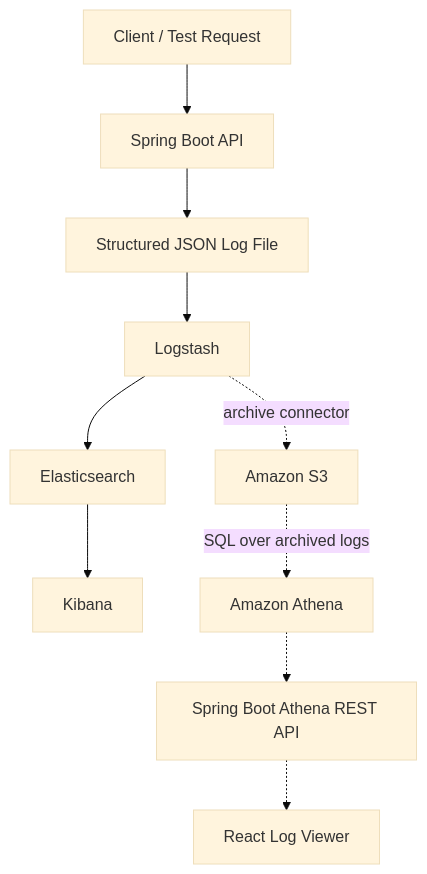
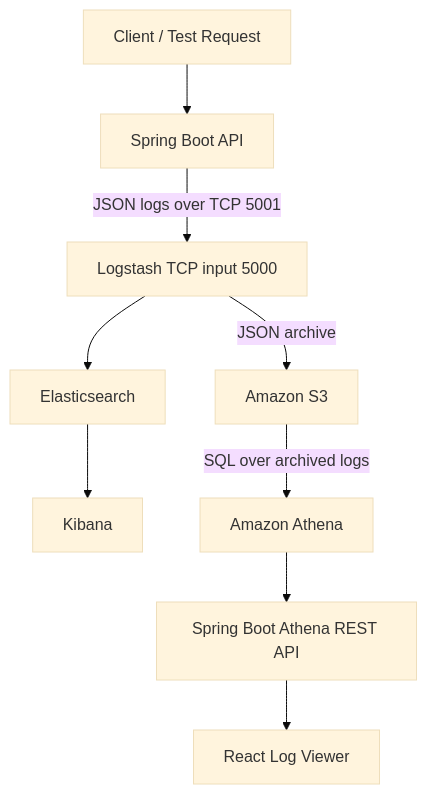
The diagram in README.md (Sravanthi96/logAnalyticsService), drawn with Mermaid (base theme) before and after one commit. The commit also changed other lines of this file, not shown here.

Commit message:
Update README with completed TCP architecture

````diff
--- a/README.md
+++ b/README.md
@@ -25,12 +27,11 @@
 ```mermaid
 flowchart TD
     Client["Client / Test Request"] --> API["Spring Boot API"]
-    API --> File["Structured JSON Log File"]
-    File --> LS["Logstash"]
+    API -->|"JSON logs over TCP 5001"| LS["Logstash TCP input 5000"]
     LS --> ES["Elasticsearch"]
     ES --> KB["Kibana"]
-    LS -. "archive connector" .-> S3["Amazon S3"]
-    S3 -. "SQL over archived logs" .-> ATH["Amazon Athena"]
-    ATH -.-> REST["Spring Boot Athena REST API"]
-    REST -.-> UI["React Log Viewer"]
+    LS -->|"JSON archive"| S3["Amazon S3"]
+    S3 -->|"SQL over archived logs"| ATH["Amazon Athena"]
+    ATH --> REST["Spring Boot Athena REST API"]
+    REST --> UI["React Log Viewer"]
 ```
````
